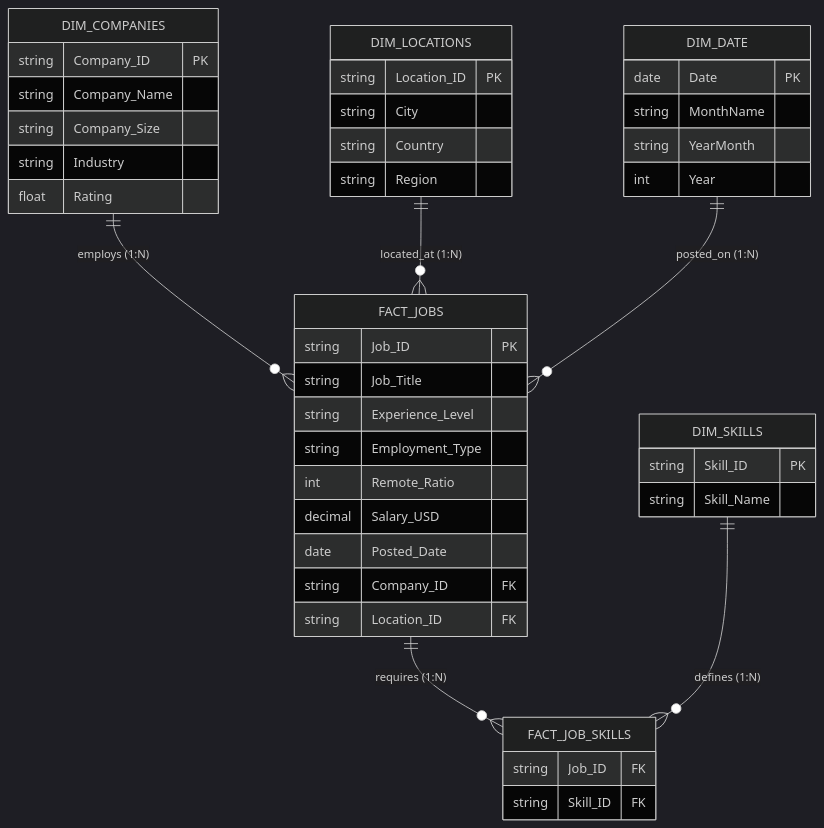
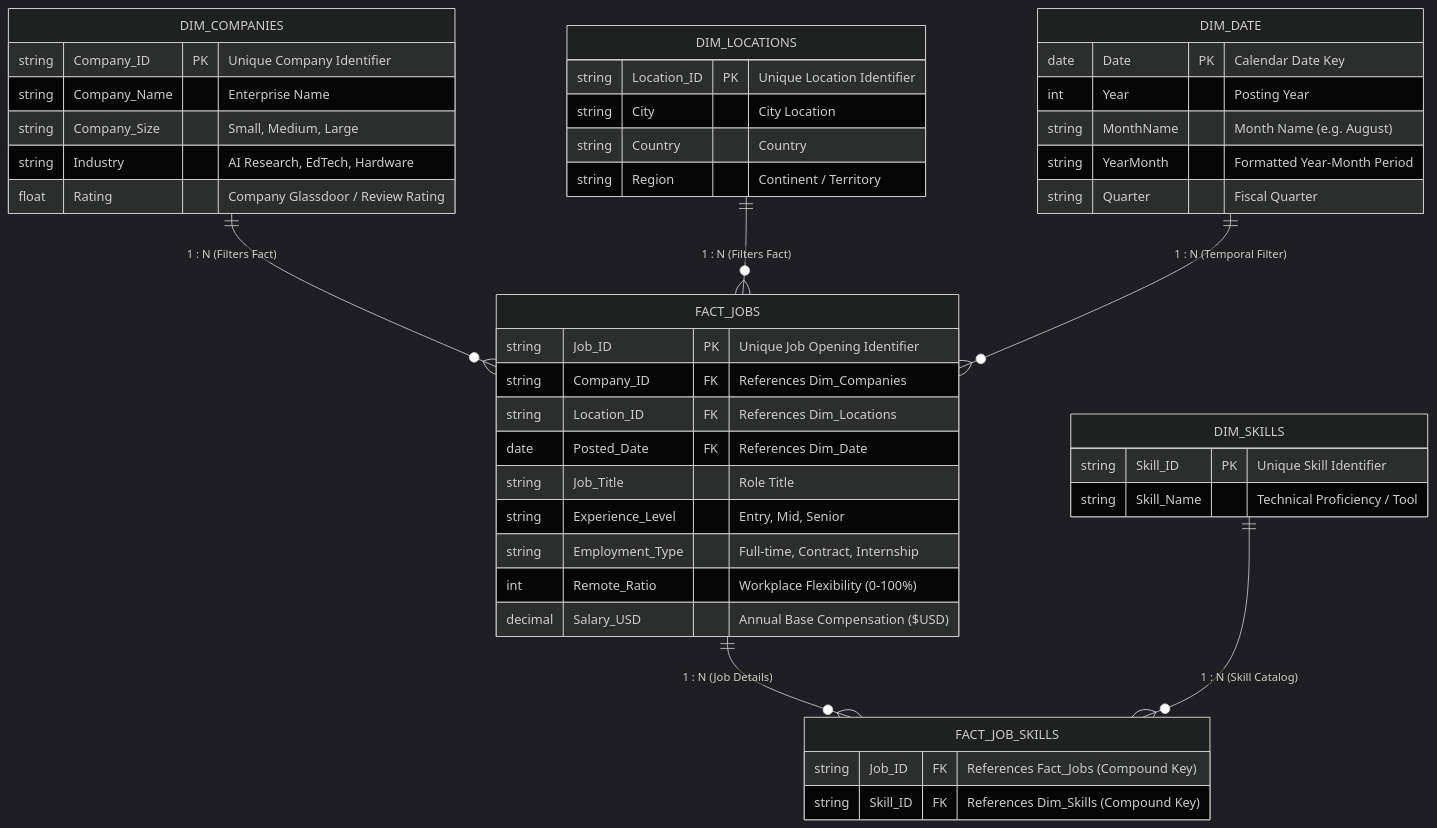
The diagram in README.md (sujalpanchal-25/CareerLens), drawn with Mermaid (dark theme) before and after one commit. The commit also changed other lines of this file and 1 other file, not shown here.

Commit message:
docs: add detailed folder structure, data model diagram, and cardinality relationship matrix

````diff
--- a/README.md
+++ b/README.md
@@ -129,52 +179,53 @@
 ```mermaid
 erDiagram
-    DIM_COMPANIES ||--o{ FACT_JOBS : "employs (1:N)"
-    DIM_LOCATIONS ||--o{ FACT_JOBS : "located_at (1:N)"
-    DIM_DATE ||--o{ FACT_JOBS : "posted_on (1:N)"
-    FACT_JOBS ||--o{ FACT_JOB_SKILLS : "requires (1:N)"
-    DIM_SKILLS ||--o{ FACT_JOB_SKILLS : "defines (1:N)"
+    DIM_COMPANIES ||--o{ FACT_JOBS : "1 : N (Filters Fact)"
+    DIM_LOCATIONS ||--o{ FACT_JOBS : "1 : N (Filters Fact)"
+    DIM_DATE ||--o{ FACT_JOBS : "1 : N (Temporal Filter)"
+    FACT_JOBS ||--o{ FACT_JOB_SKILLS : "1 : N (Job Details)"
+    DIM_SKILLS ||--o{ FACT_JOB_SKILLS : "1 : N (Skill Catalog)"
 
     DIM_COMPANIES {
-        string Company_ID PK
-        string Company_Name
-        string Company_Size
-        string Industry
-        float Rating
+        string Company_ID PK "Unique Company Identifier"
+        string Company_Name "Enterprise Name"
+        string Company_Size "Small, Medium, Large"
+        string Industry "AI Research, EdTech, Hardware"
+        float Rating "Company Glassdoor / Review Rating"
     }
 
     DIM_LOCATIONS {
-        string Location_ID PK
-        string City
-        string Country
-        string Region
+        string Location_ID PK "Unique Location Identifier"
+        string City "City Location"
+        string Country "Country"
+        string Region "Continent / Territory"
+    }
+
+    DIM_DATE {
+        date Date PK "Calendar Date Key"
+        int Year "Posting Year"
+        string MonthName "Month Name (e.g. August)"
+        string YearMonth "Formatted Year-Month Period"
+        string Quarter "Fiscal Quarter"
+    }
+
+    FACT_JOBS {
+        string Job_ID PK "Unique Job Opening Identifier"
+        string Company_ID FK "References Dim_Companies"
+        string Location_ID FK "References Dim_Locations"
+        date Posted_Date FK "References Dim_Date"
+        string Job_Title "Role Title"
+        string Experience_Level "Entry, Mid, Senior"
+        string Employment_Type "Full-time, Contract, Internship"
+        int Remote_Ratio "Workplace Flexibility (0-100%)"
+        decimal Salary_USD "Annual Base Compensation ($USD)"
+    }
+
+    FACT_JOB_SKILLS {
+        string Job_ID FK "References Fact_Jobs (Compound Key)"
+        string Skill_ID FK "References Dim_Skills (Compound Key)"
     }
 
     DIM_SKILLS {
-        string Skill_ID PK
-        string Skill_Name
-    }
-
-    FACT_JOBS {
-        string Job_ID PK
-        string Job_Title
-        string Experience_Level
-        string Employment_Type
-        int Remote_Ratio
-        decimal Salary_USD
-        date Posted_Date
-        string Company_ID FK
-        string Location_ID FK
-    }
-
-    FACT_JOB_SKILLS {
-        string Job_ID FK
-        string Skill_ID FK
-    }
-
-    DIM_DATE {
-        date Date PK
-        string MonthName
-        string YearMonth
-        int Year
+        string Skill_ID PK "Unique Skill Identifier"
+        string Skill_Name "Technical Proficiency / Tool"
     }
 ```
````
